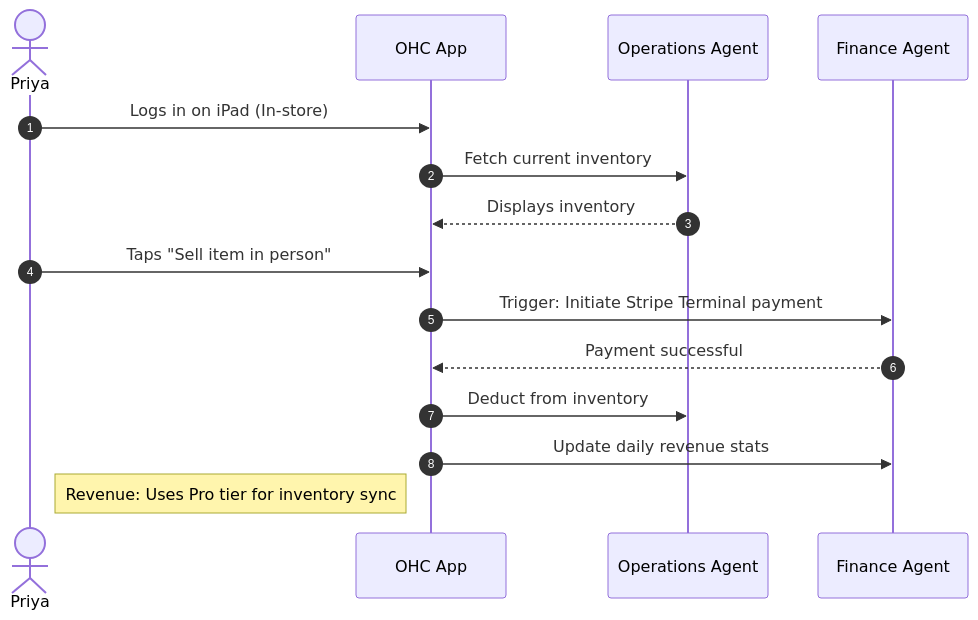
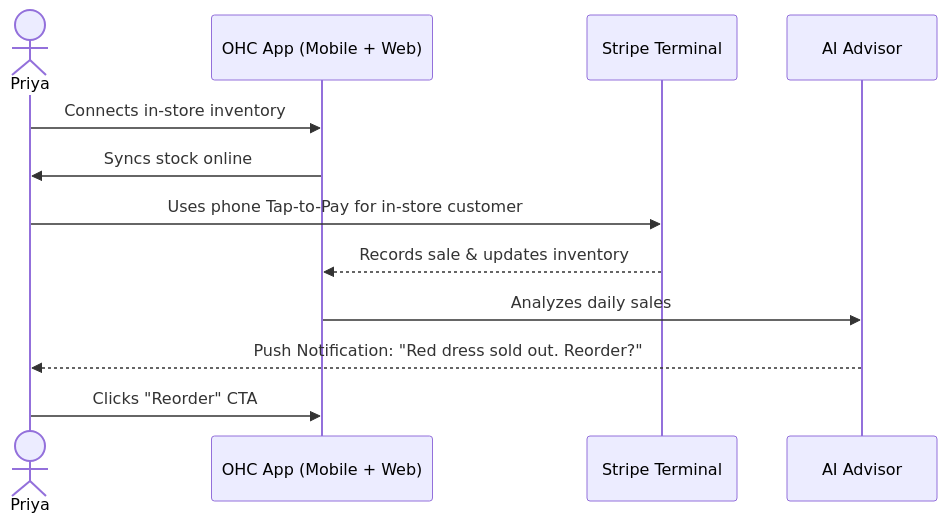
One commit to omnisolo-llc/onehumancorp changed the third of 5 diagrams in docs/research/[architecture]_business_journey.md. Above: the diagram before and after it, drawn with Mermaid. The commit also changed other lines of this file and 195 other files, not shown here.

````diff
--- a/docs/research/[architecture]_business_journey.md
+++ b/docs/research/[architecture]_business_journey.md
@@ -94,18 +101,15 @@
 ```mermaid
 sequenceDiagram
-    autonumber
-    actor Priya as Priya
-    participant App as OHC App
-    participant Ops as Operations Agent
-    participant Fin as Finance Agent
+    actor Priya
+    participant OHC as OHC App (Mobile + Web)
+    participant POS as Stripe Terminal
+    participant AI as AI Advisor
 
-    Priya->>App: Logs in on iPad (In-store)
-    App->>Ops: Fetch current inventory
-    Ops-->>App: Displays inventory
-    Priya->>App: Taps "Sell item in person"
-    App->>Fin: Trigger: Initiate Stripe Terminal payment
-    Fin-->>App: Payment successful
-    App->>Ops: Deduct from inventory
-    App->>Fin: Update daily revenue stats
-    note right of Priya: Revenue: Uses Pro tier for inventory sync
+    Priya->>OHC: Connects in-store inventory
+    OHC->>Priya: Syncs stock online
+    Priya->>POS: Uses phone Tap-to-Pay for in-store customer
+    POS-->>OHC: Records sale & updates inventory
+    OHC->>AI: Analyzes daily sales
+    AI-->>Priya: Push Notification: "Red dress sold out. Reorder?"
+    Priya->>OHC: Clicks "Reorder" CTA
 ```
````
